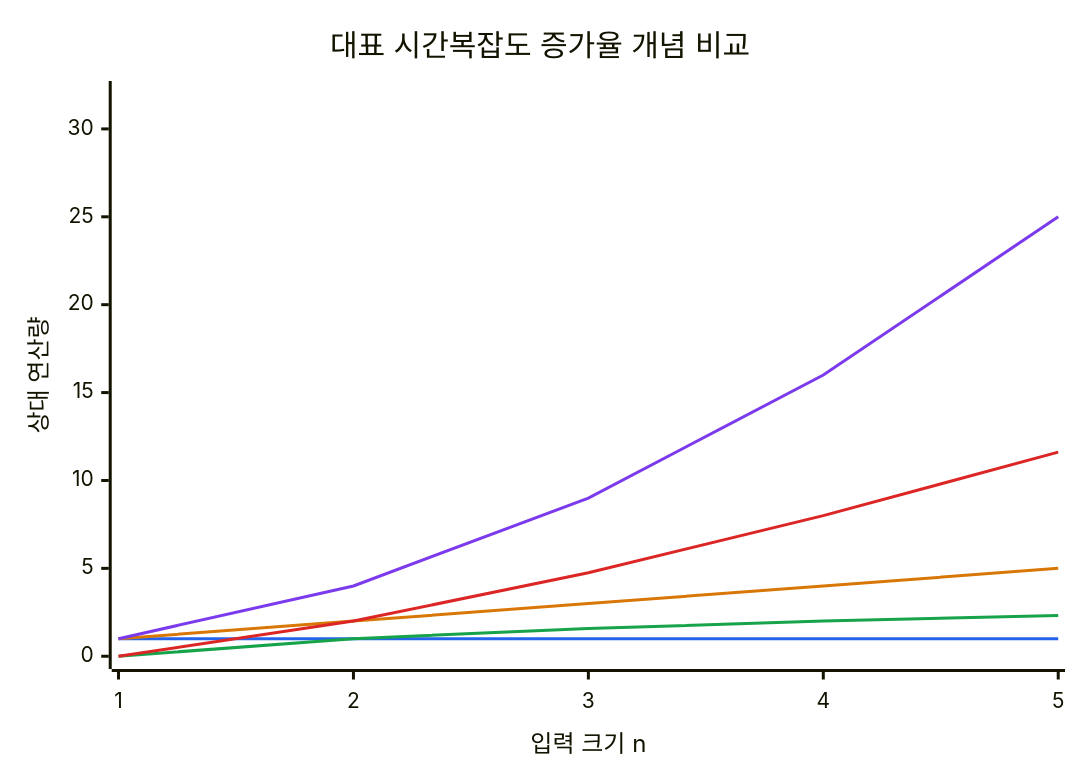
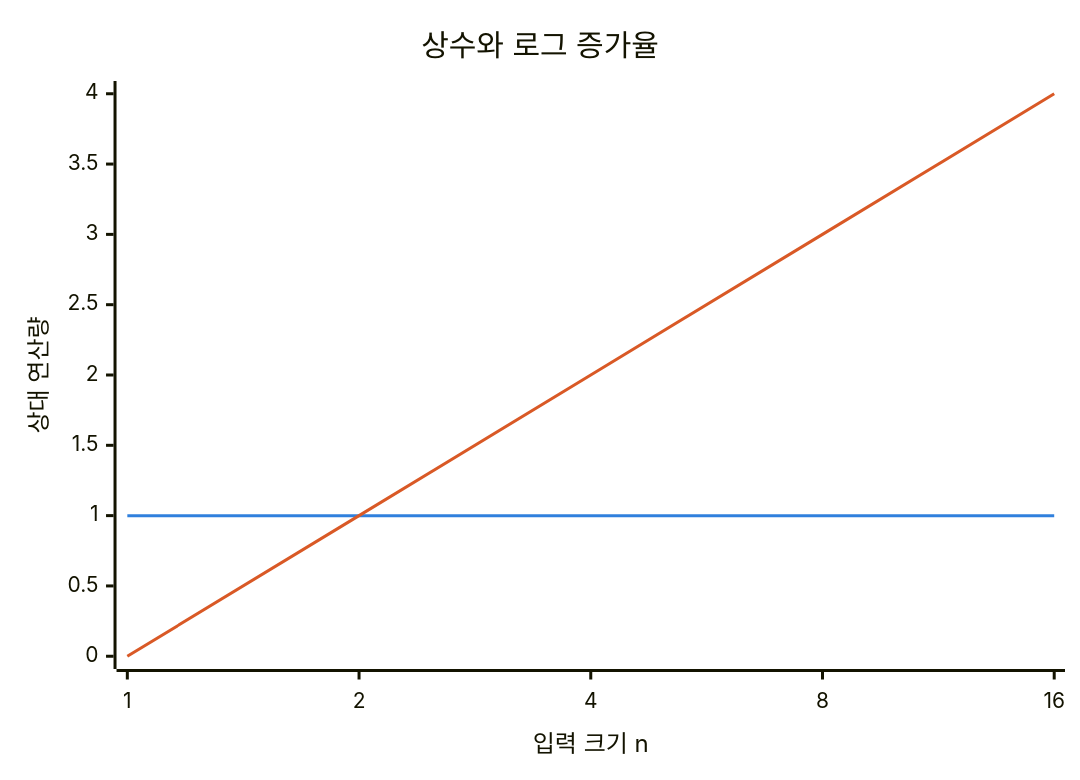
Before and after one commit to agnusdei1207/knowledge-base: the first of 6 diagrams in src/content/docs/notes/01-basic-theory/002_big_o_notation.md, drawn with Mermaid. The commit also changed other lines of this file and 18 other files, not shown here.

````diff
--- a/src/content/docs/notes/01-basic-theory/002_big_o_notation.md
+++ b/src/content/docs/notes/01-basic-theory/002_big_o_notation.md
@@ -50,17 +50,9 @@
 ```mermaid
----
-config:
-  themeVariables:
-    xyChart:
-      plotColorPalette: "#2563EB, #16A34A, #D97706, #DC2626, #7C3AED"
----
+%%{init: {"themeVariables": {"xyChart": {"plotColorPalette": "#3080dd, #d95926"}}} }%%
 xychart-beta
-    title "대표 시간복잡도 증가율 개념 비교"
-    x-axis "입력 크기 n" [1, 2, 3, 4, 5]
-    y-axis "상대 연산량" 0 --> 32
+    title "상수와 로그 증가율"
+    x-axis "입력 크기 n" [1, 2, 4, 8, 16]
+    y-axis "상대 연산량" 0 --> 4
     line [1, 1, 1, 1, 1]
-    line [0, 1, 1.58, 2, 2.32]
-    line [1, 2, 3, 4, 5]
-    line [0, 2, 4.75, 8, 11.61]
-    line [1, 4, 9, 16, 25]
+    line [0, 1, 2, 3, 4]
 ```
````
